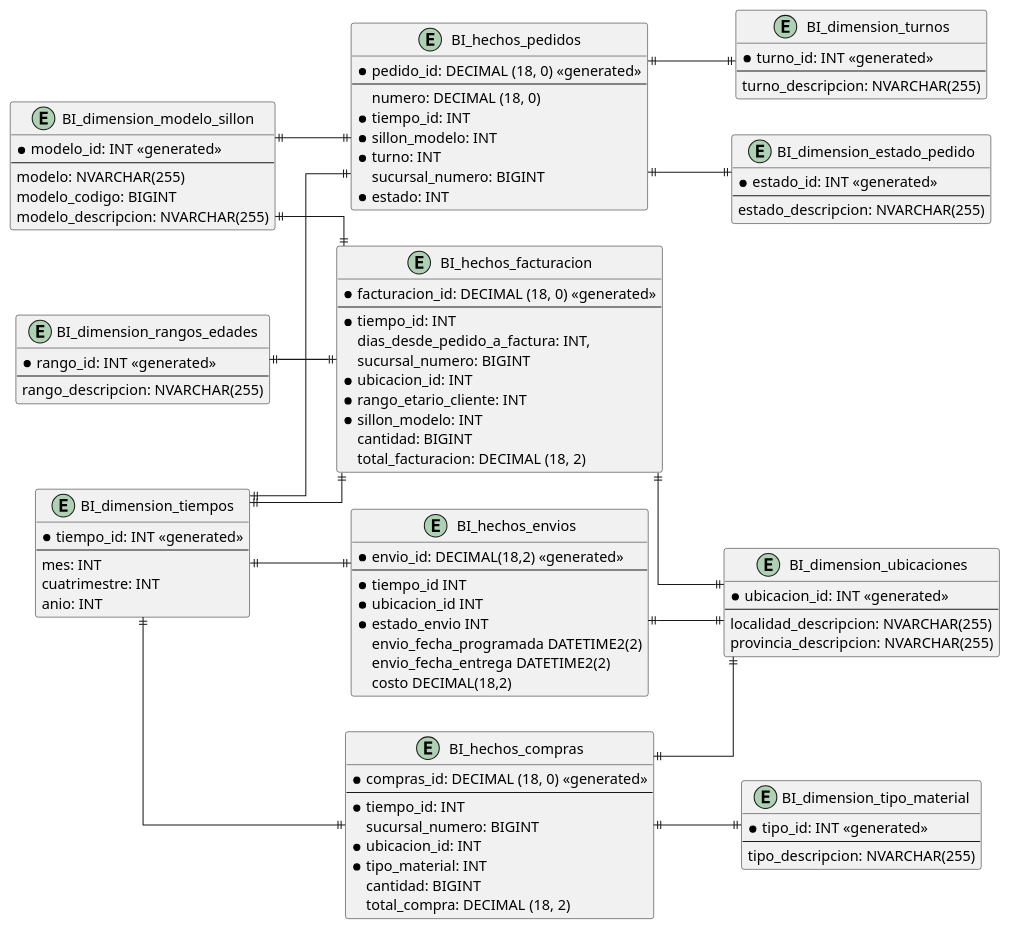
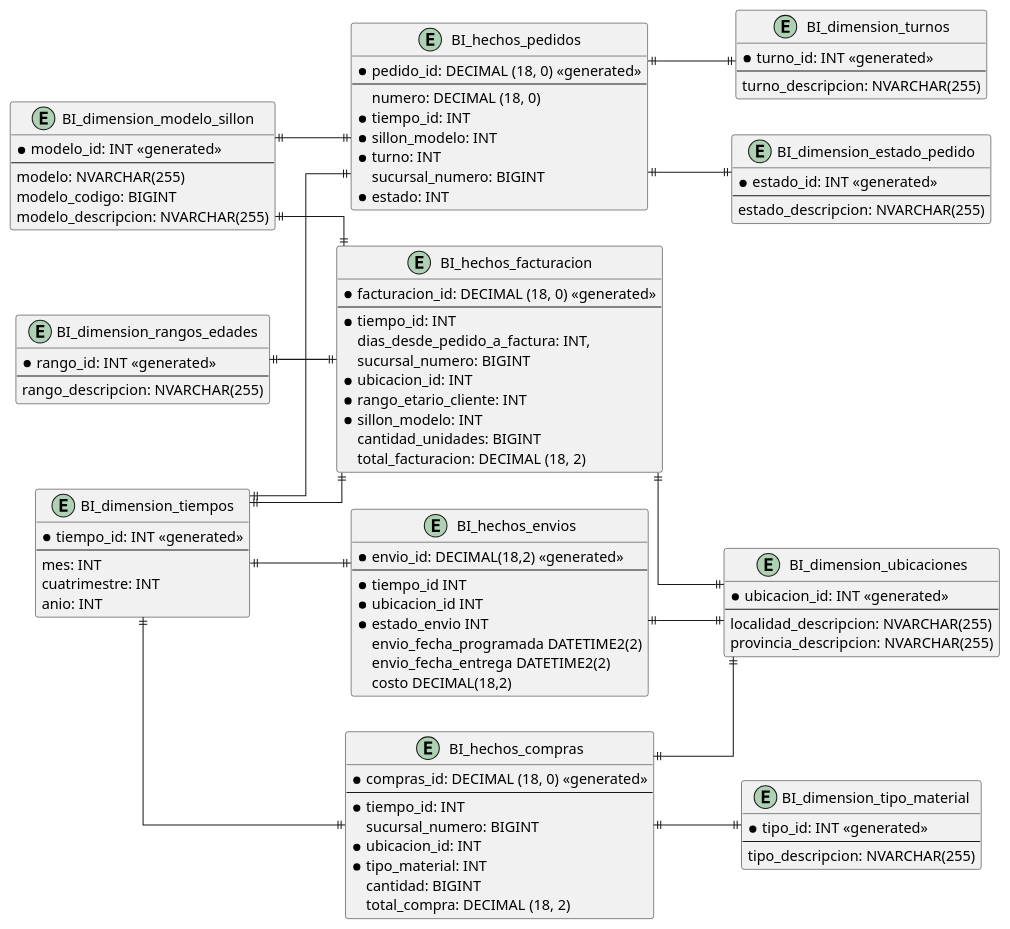
Before and after one commit to jreggiardoUTN/UTN-sillones: the diagram in DER_BI.puml, drawn with PlantUML.

```diff
--- a/DER_BI.puml
+++ b/DER_BI.puml
@@ -1,115 +1,115 @@
 @startuml
 
 ' avoid problems with angled crows feet
 skinparam linetype polyline
 skinparam linetype ortho
 left to right direction
 
 entity "BI_dimension_tiempos" {
     *tiempo_id: INT <<generated>>
     --
     mes: INT
     cuatrimestre: INT
     anio: INT
 }
 
 entity "BI_dimension_ubicaciones" {
     *ubicacion_id: INT <<generated>>
     --
     localidad_descripcion: NVARCHAR(255)
     provincia_descripcion: NVARCHAR(255)
 }
 
 entity "BI_dimension_rangos_edades" {
     *rango_id: INT <<generated>>
     --
     rango_descripcion: NVARCHAR(255)
 }
 
 entity "BI_dimension_turnos" {
     *turno_id: INT <<generated>>
     --
     turno_descripcion: NVARCHAR(255)
 }
 
 entity "BI_dimension_tipo_material" {
     *tipo_id: INT <<generated>>
     --
     tipo_descripcion: NVARCHAR(255)
 }
 
 entity "BI_dimension_modelo_sillon" {
     *modelo_id: INT <<generated>>
     --
     modelo: NVARCHAR(255)
     modelo_codigo: BIGINT
     modelo_descripcion: NVARCHAR(255)
 }
 
 entity "BI_dimension_estado_pedido" {
     *estado_id: INT <<generated>>
     --
     estado_descripcion: NVARCHAR(255)
 }
 
 entity "BI_hechos_pedidos" {
     *pedido_id: DECIMAL (18, 0) <<generated>>
     --
     numero: DECIMAL (18, 0)
     *tiempo_id: INT
     *sillon_modelo: INT
     *turno: INT
     sucursal_numero: BIGINT
     *estado: INT
 }
 
 entity "BI_hechos_facturacion" {
     *facturacion_id: DECIMAL (18, 0) <<generated>>
     --
     *tiempo_id: INT
     dias_desde_pedido_a_factura: INT,
     sucursal_numero: BIGINT
     *ubicacion_id: INT
     *rango_etario_cliente: INT
     *sillon_modelo: INT
-    cantidad: BIGINT
+    cantidad_unidades: BIGINT
     total_facturacion: DECIMAL (18, 2)
 }
 
 entity "BI_hechos_compras" {
     *compras_id: DECIMAL (18, 0) <<generated>>
     --
     *tiempo_id: INT
     sucursal_numero: BIGINT
     *ubicacion_id: INT
     *tipo_material: INT
     cantidad: BIGINT
     total_compra: DECIMAL (18, 2)
 }
 
 entity "BI_hechos_envios" {
     *envio_id: DECIMAL(18,2) <<generated>>
     --
     *tiempo_id INT
     *ubicacion_id INT
     *estado_envio INT
     envio_fecha_programada DATETIME2(2)
     envio_fecha_entrega DATETIME2(2)
     costo DECIMAL(18,2)
 }
 
 BI_hechos_pedidos ||-u-|| BI_dimension_tiempos
 BI_hechos_pedidos ||--|| BI_dimension_turnos
 BI_hechos_pedidos ||-u-|| BI_dimension_modelo_sillon
 BI_hechos_pedidos ||--|| BI_dimension_estado_pedido
 BI_hechos_facturacion ||-u-|| BI_dimension_tiempos
 BI_hechos_facturacion ||--|| BI_dimension_ubicaciones
 BI_hechos_facturacion ||-u-|| BI_dimension_rangos_edades
 BI_hechos_facturacion ||-u-|| BI_dimension_modelo_sillon
 BI_hechos_compras ||-u-|| BI_dimension_tiempos
 BI_hechos_compras ||--|| BI_dimension_ubicaciones
 BI_hechos_compras ||--|| BI_dimension_tipo_material
 BI_hechos_envios ||-u-|| BI_dimension_tiempos
 BI_hechos_envios ||--|| BI_dimension_ubicaciones
 
 @enduml
```
